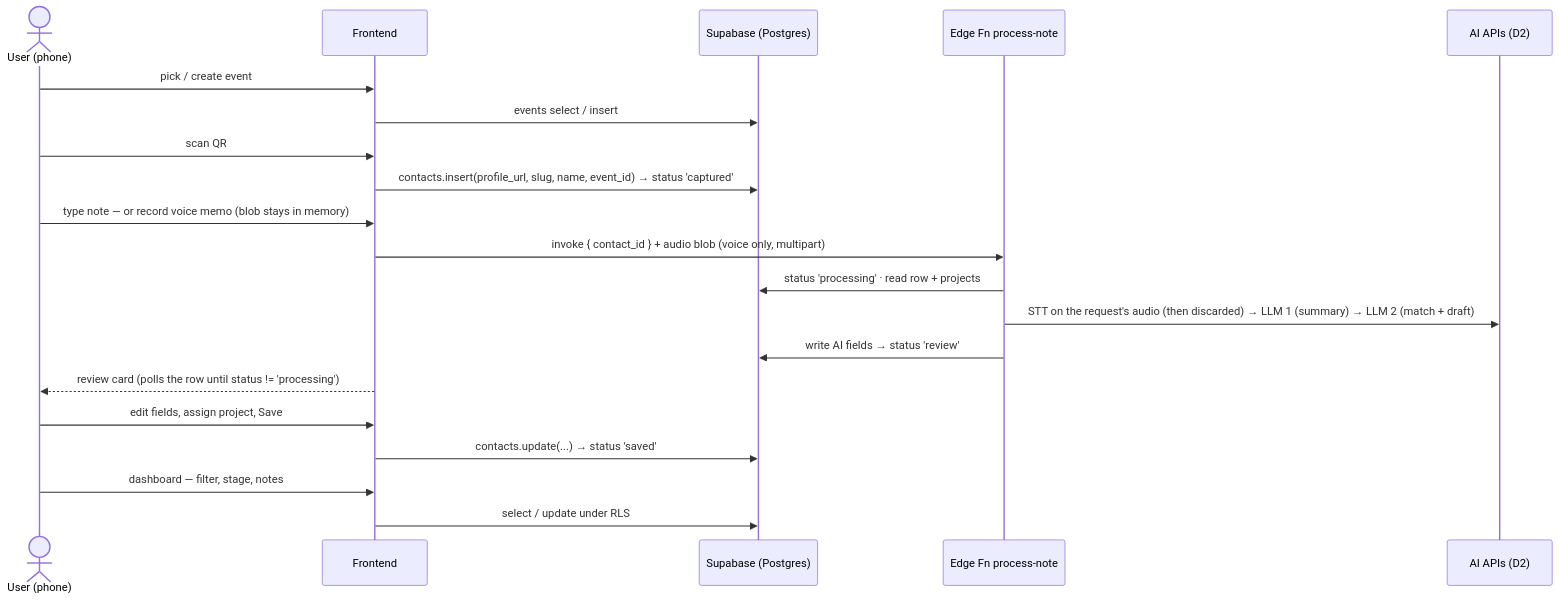
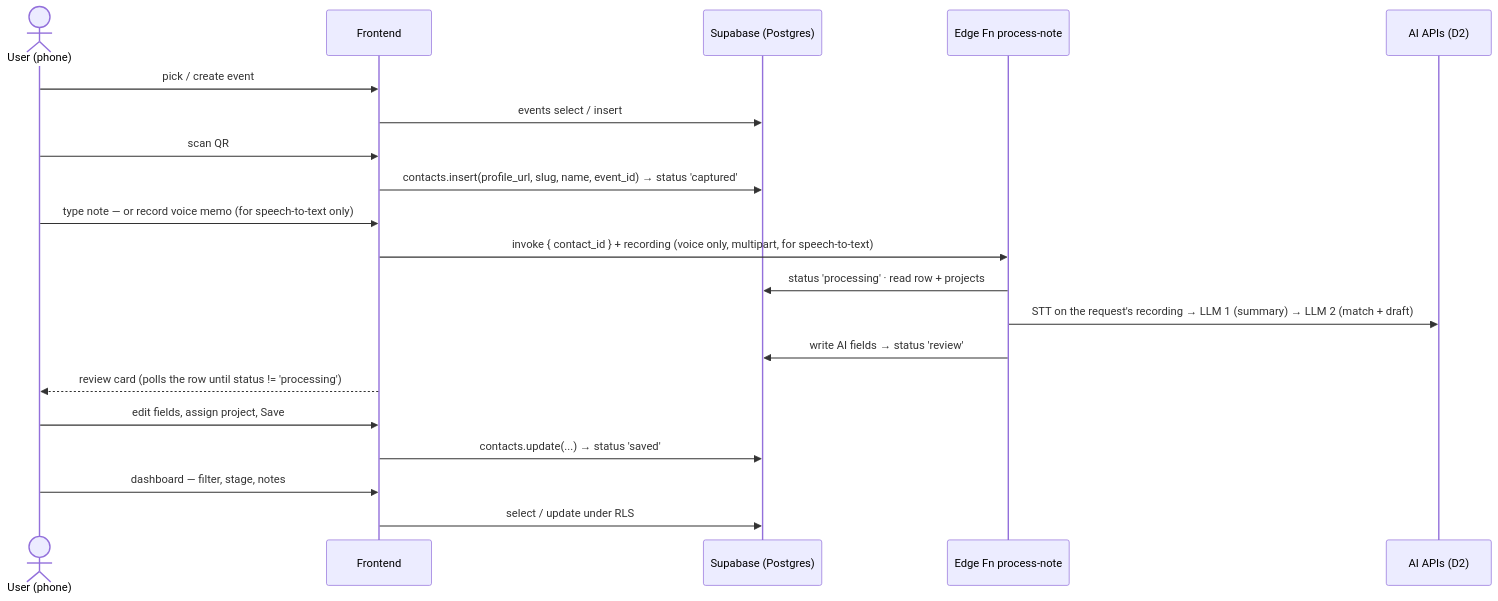
One commit to NodrrS/bcbt_hackathon changed the diagram in docs/BACKEND_BRIEF.md. Above: the diagram before and after it, drawn with Mermaid. The commit also changed other lines of this file and 12 other files, not shown here.

First line of the commit message:
Voice is speech-to-text only: remove every trace of keeping audio

````diff
--- a/docs/BACKEND_BRIEF.md
+++ b/docs/BACKEND_BRIEF.md
@@ -10,22 +10,22 @@
 ```mermaid
 sequenceDiagram
   actor U as User (phone)
   participant FE as Frontend
   participant SB as Supabase (Postgres)
   participant FN as Edge Fn process-note
   participant AI as AI APIs (D2)
   U->>FE: pick / create event
   FE->>SB: events select / insert
   U->>FE: scan QR
   FE->>SB: contacts.insert(profile_url, slug, name, event_id) → status 'captured'
-  U->>FE: type note — or record voice memo (blob stays in memory)
-  FE->>FN: invoke { contact_id } + audio blob (voice only, multipart)
+  U->>FE: type note — or record voice memo (for speech-to-text only)
+  FE->>FN: invoke { contact_id } + recording (voice only, multipart, for speech-to-text)
   FN->>SB: status 'processing' · read row + projects
-  FN->>AI: STT on the request's audio (then discarded) → LLM 1 (summary) → LLM 2 (match + draft)
+  FN->>AI: STT on the request's recording → LLM 1 (summary) → LLM 2 (match + draft)
   FN->>SB: write AI fields → status 'review'
   FE-->>U: review card (polls the row until status != 'processing')
   U->>FE: edit fields, assign project, Save
   FE->>SB: contacts.update(...) → status 'saved'
   U->>FE: dashboard — filter, stage, notes
   FE->>SB: select / update under RLS
 ```
````
